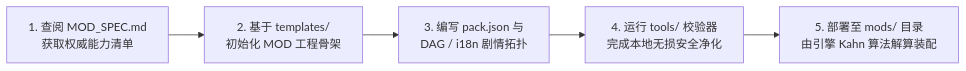
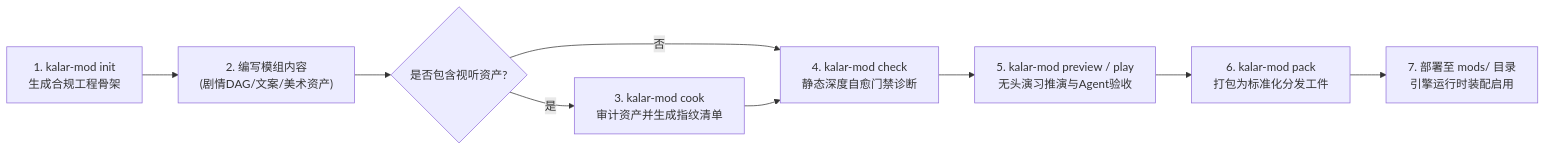
The second of 2 diagrams in WebGames/mod_sdk/README.md (guilingzhouyi-creator/vscode-extensions), drawn with Mermaid before and after one commit. The commit also changed other lines of this file and 77 other files, not shown here.

````diff
--- a/WebGames/mod_sdk/README.md
+++ b/WebGames/mod_sdk/README.md
@@ -39,7 +192,11 @@
 ```mermaid
 flowchart LR
-    A["1. 查阅 MOD_SPEC.md<br/>获取权威能力清单"] --> B["2. 基于 templates/<br/>初始化 MOD 工程骨架"]
-    B --> C["3. 编写 pack.json 与<br/>DAG / i18n 剧情拓扑"]
-    C --> D["4. 运行 tools/ 校验器<br/>完成本地无损安全净化"]
-    D --> E["5. 部署至 mods/ 目录<br/>由引擎 Kahn 算法解算装配"]
+    A["1. kalar-mod init<br/>生成合规工程骨架"] --> B["2. 编写模组内容<br/>(剧情DAG/文案/美术资产)"]
+    B --> C{"是否包含视听资产?"}
+    C -- 是 --> D["3. kalar-mod cook<br/>审计资产并生成指纹清单"]
+    C -- 否 --> E["4. kalar-mod check<br/>静态深度自愈门禁诊断"]
+    D --> E
+    E --> F["5. kalar-mod preview / play<br/>无头演习推演与Agent验收"]
+    F --> G["6. kalar-mod pack<br/>打包为标准化分发工件"]
+    G --> H["7. 部署至 mods/ 目录<br/>引擎运行时装配启用"]
 ```
````
